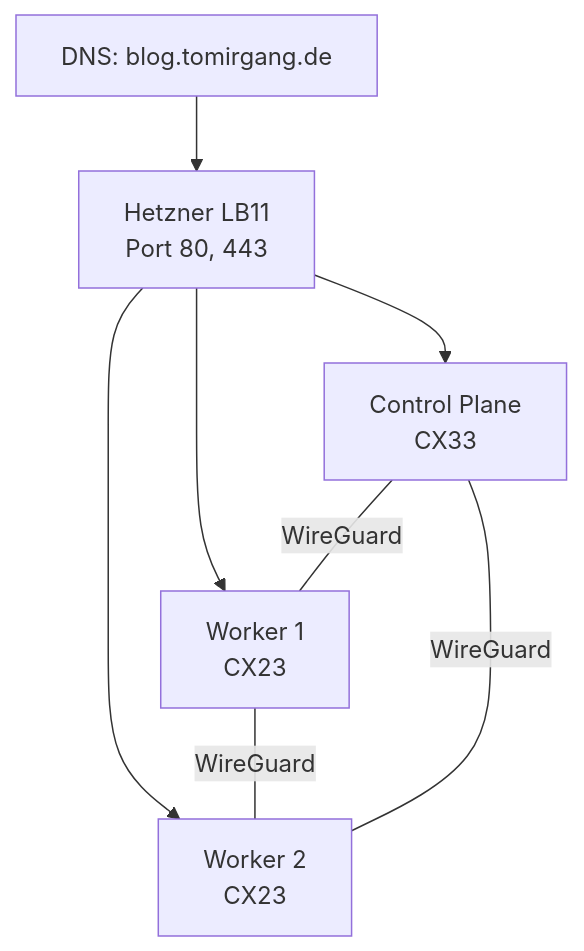
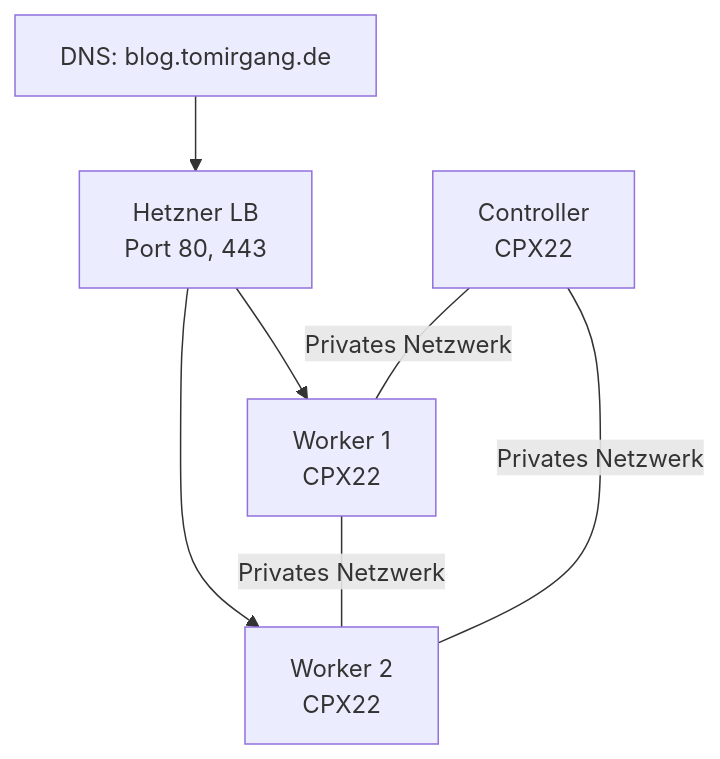
One commit to tomirgang/tomsblog changed the diagram in docs/infra/modules/ROOT/pages/cluster-setup/networking.adoc. Above: the diagram before and after it, drawn with Mermaid. The commit also changed other lines of this file and 13 other files, not shown here.

```diff
--- a/docs/infra/modules/ROOT/pages/cluster-setup/networking.adoc
+++ b/docs/infra/modules/ROOT/pages/cluster-setup/networking.adoc
@@ -8,11 +8,10 @@
 [mermaid]
 ----
 graph TB
-    DNS[DNS: blog.tomirgang.de] --> LB[Hetzner LB11<br/>Port 80, 443]
-    LB --> N1[Control Plane<br/>CX33]
-    LB --> N2[Worker 1<br/>CX23]
-    LB --> N3[Worker 2<br/>CX23]
-    N1 ---|WireGuard| N2
-    N2 ---|WireGuard| N3
-    N1 ---|WireGuard| N3
+    DNS[DNS: blog.tomirgang.de] --> LB[Hetzner LB<br/>Port 80, 443]
+    LB --> N2[Worker 1<br/>CPX22]
+    LB --> N3[Worker 2<br/>CPX22]
+    N1[Controller<br/>CPX22] ---|Privates Netzwerk| N2
+    N2 ---|Privates Netzwerk| N3
+    N1 ---|Privates Netzwerk| N3
 ----
```
